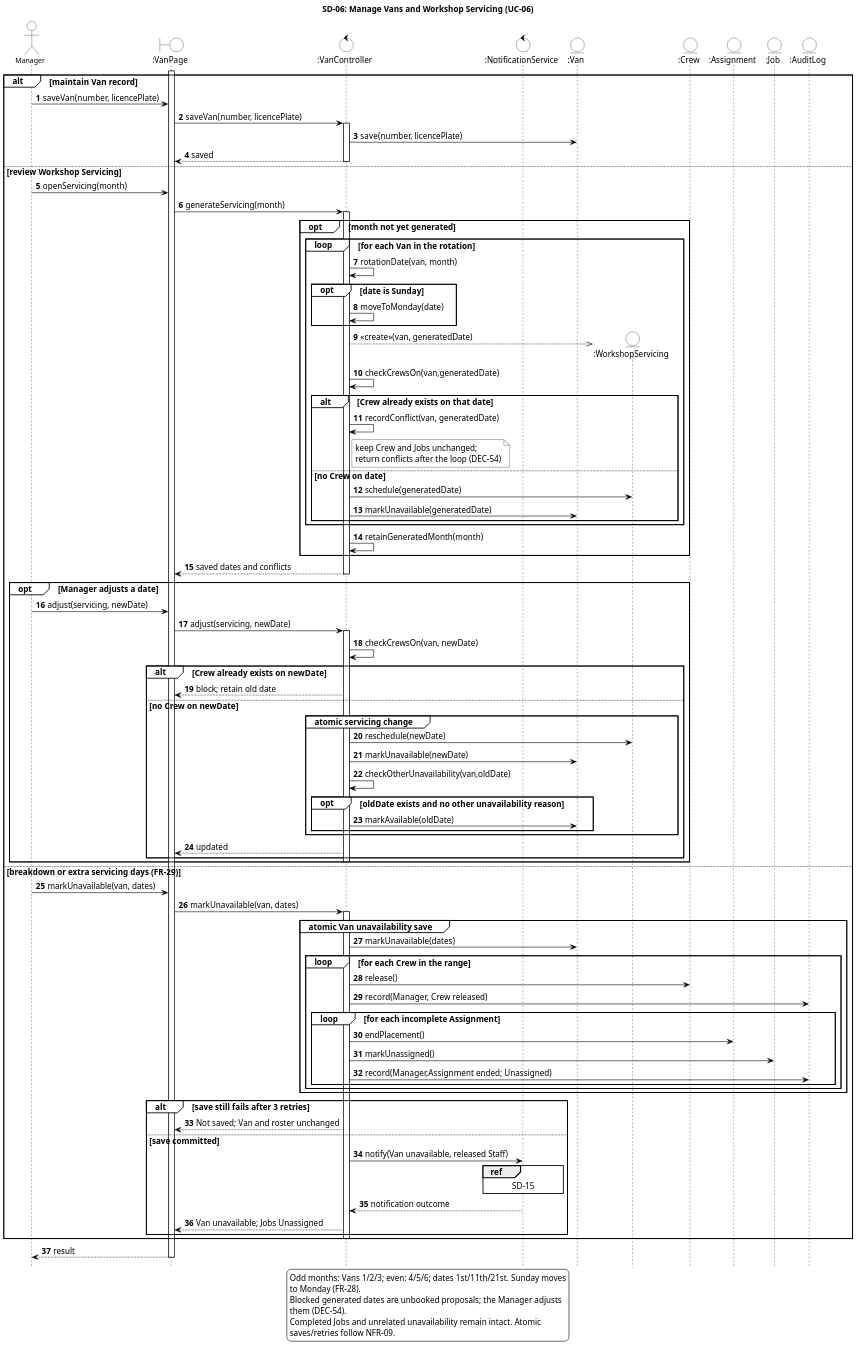
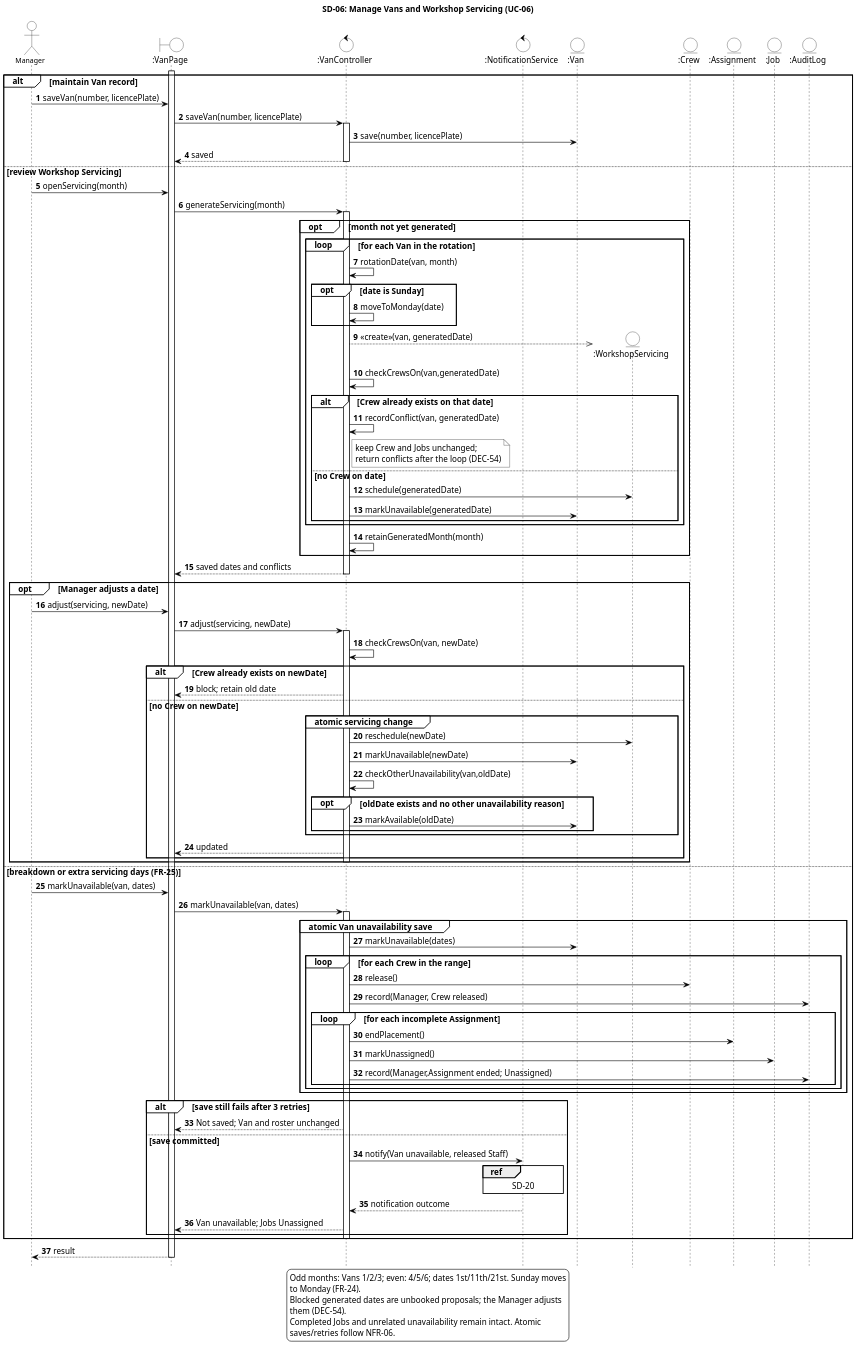
The diagram in diagrams/SD-06-manage-vans-and-workshop-servicing.puml (ZadeNova/inf2001-SE), drawn with PlantUML before and after one commit. The commit also changed 56 other files, not shown here.

```diff
--- a/diagrams/SD-06-manage-vans-and-workshop-servicing.puml
+++ b/diagrams/SD-06-manage-vans-and-workshop-servicing.puml
@@ -1,129 +1,129 @@
 @startuml SD-06-manage-vans-and-workshop-servicing
 skinparam backgroundColor white
 skinparam shadowing false
 skinparam defaultFontName Arial
 skinparam defaultFontSize 14
 skinparam ArrowColor black
 skinparam ParticipantBackgroundColor white
 skinparam ParticipantBorderColor black
 skinparam ActorBackgroundColor white
 skinparam ActorBorderColor black
 skinparam BoundaryBackgroundColor white
 skinparam BoundaryBorderColor black
 skinparam ControlBackgroundColor white
 skinparam ControlBorderColor black
 skinparam EntityBackgroundColor white
 skinparam EntityBorderColor black
 skinparam SequenceLifeLineBorderColor black
 skinparam SequenceGroupBorderColor black
 skinparam SequenceGroupBackgroundColor white
 skinparam SequenceReferenceBackgroundColor white
 skinparam SequenceReferenceBorderColor black
 skinparam NoteBackgroundColor white
 skinparam NoteBorderColor black
 skinparam dpi 150
 hide footbox
 skinparam maxMessageSize 420
 skinparam wrapWidth 420
 skinparam sequenceParticipantFontSize 12
 skinparam sequenceActorFontSize 12
 autonumber
 title SD-06: Manage Vans and Workshop Servicing (UC-06)
-' Traces: UC-06; FR-27, FR-28, FR-29, FR-38, FR-64, FR-66; NFR-09
+' Traces: UC-06; FR-23, FR-24, FR-25, FR-05, FR-39, FR-49; NFR-06
 ' Sources: DEC-14, DEC-45, DEC-50, DEC-54; DEC-55, DEC-56; sequence-diagram-review.md.
 ' Round-2 source: DEC-58; sequence-diagram-review-round-2.md.
 ' Round-3 source: DEC-68; sequence-diagram-review-round-3.md.
 actor Manager
 boundary ":VanPage" as Page
 control ":VanController" as VC
 control ":NotificationService" as NS
 entity ":Van" as Van
 entity ":WorkshopServicing" as WS
 entity ":Crew" as Crew
 entity ":Assignment" as ASG
 entity ":Job" as Job
 entity ":AuditLog" as AL
 
 activate Page
 alt maintain Van record
   Manager -> Page : saveVan(number, licencePlate)
   Page -> VC ++ : saveVan(number, licencePlate)
   VC -> Van : save(number, licencePlate)
   VC --> Page -- : saved
 else review Workshop Servicing
   Manager -> Page : openServicing(month)
   Page -> VC ++ : generateServicing(month)
   opt month not yet generated
     loop for each Van in the rotation
       VC -> VC : rotationDate(van, month)
       opt date is Sunday
         VC -> VC : moveToMonday(date)
       end
       VC -->> WS ** : <<create>>(van, generatedDate)
       VC -> VC : checkCrewsOn(van,generatedDate)
       alt Crew already exists on that date
         VC -> VC : recordConflict(van, generatedDate)
         note right of VC : keep Crew and Jobs unchanged;\nreturn conflicts after the loop (DEC-54)
       else no Crew on date
         VC -> WS : schedule(generatedDate)
         VC -> Van : markUnavailable(generatedDate)
       end
     end
     VC -> VC : retainGeneratedMonth(month)
   end
   VC --> Page -- : saved dates and conflicts
   opt Manager adjusts a date
     Manager -> Page : adjust(servicing, newDate)
     Page -> VC ++ : adjust(servicing, newDate)
     VC -> VC : checkCrewsOn(van, newDate)
     alt Crew already exists on newDate
       VC --> Page : block; retain old date
     else no Crew on newDate
       group atomic servicing change
         VC -> WS : reschedule(newDate)
         VC -> Van : markUnavailable(newDate)
         VC -> VC : checkOtherUnavailability(van,oldDate)
         opt oldDate exists and no other unavailability reason
           VC -> Van : markAvailable(oldDate)
         end
       end
       VC --> Page : updated
     end
     deactivate VC
   end
-else breakdown or extra servicing days (FR-29)
+else breakdown or extra servicing days (FR-25)
   Manager -> Page : markUnavailable(van, dates)
   Page -> VC ++ : markUnavailable(van, dates)
   group atomic Van unavailability save
     VC -> Van : markUnavailable(dates)
     loop for each Crew in the range
       VC -> Crew : release()
       VC -> AL : record(Manager, Crew released)
       loop for each incomplete Assignment
         VC -> ASG : endPlacement()
         VC -> Job : markUnassigned()
         VC -> AL : record(Manager,Assignment ended; Unassigned)
       end
     end
   end
   alt save still fails after 3 retries
     VC --> Page : Not saved; Van and roster unchanged
   else save committed
     VC -> NS : notify(Van unavailable, released Staff)
-    ref over NS : SD-15
+    ref over NS : SD-20
     NS --> VC : notification outcome
     VC --> Page : Van unavailable; Jobs Unassigned
   end
   deactivate VC
 end
 Page --> Manager : result
 deactivate Page
 legend bottom
 Odd months: Vans 1/2/3; even: 4/5/6; dates 1st/11th/21st. Sunday moves
-to Monday (FR-28).
+to Monday (FR-24).
 Blocked generated dates are unbooked proposals; the Manager adjusts
 them (DEC-54).
 Completed Jobs and unrelated unavailability remain intact. Atomic
-saves/retries follow NFR-09.
+saves/retries follow NFR-06.
 endlegend
 @enduml
```
